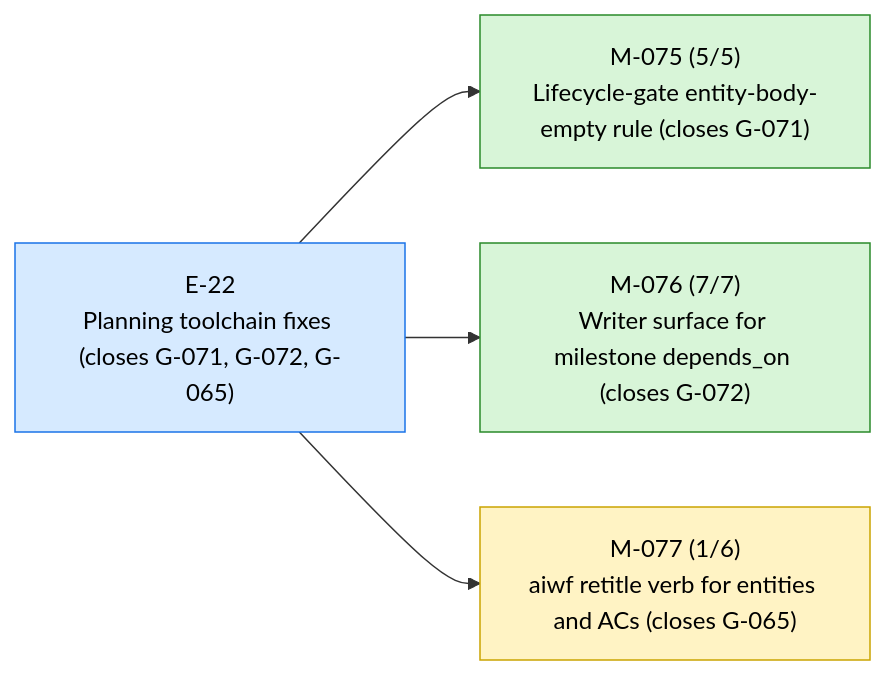
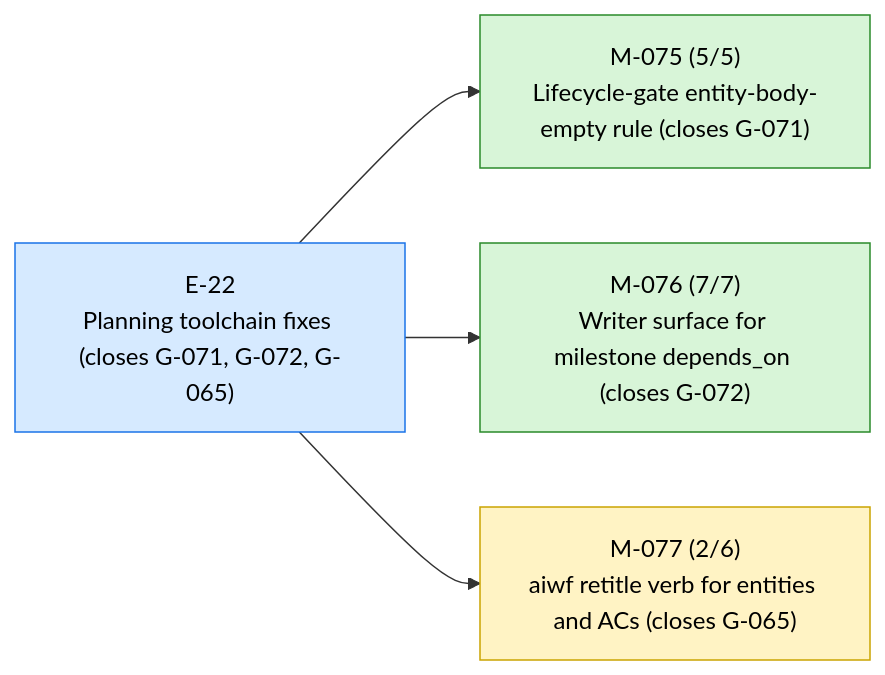
The first of 3 diagrams in STATUS.md (23min/aiwf), drawn with Mermaid before and after one commit. The commit also changed other lines of this file and 1 other file, not shown here.

First line of the commit message:
aiwf promote M-077/AC-2 open -> met

````diff
--- a/STATUS.md
+++ b/STATUS.md
@@ -13,16 +13,16 @@
 ```mermaid
 flowchart LR
   E_22["E-22<br/>Planning toolchain fixes (closes G-071, G-072, G-065)"]:::epic_active
   M_075["M-075 (5/5)<br/>Lifecycle-gate entity-body-empty rule (closes G-071)"]:::ms_done
   E_22 --> M_075
   M_076["M-076 (7/7)<br/>Writer surface for milestone depends_on (closes G-072)"]:::ms_done
   E_22 --> M_076
-  M_077["M-077 (1/6)<br/>aiwf retitle verb for entities and ACs (closes G-065)"]:::ms_in_progress
+  M_077["M-077 (2/6)<br/>aiwf retitle verb for entities and ACs (closes G-065)"]:::ms_in_progress
   E_22 --> M_077
   classDef epic_active fill:#d6eaff,stroke:#1a73e8,color:#000
   classDef epic_proposed fill:#f4f4f4,stroke:#888,color:#000
   classDef ms_done fill:#d8f5d8,stroke:#2a8a2a,color:#000
   classDef ms_in_progress fill:#fff3c4,stroke:#caa400,color:#000
   classDef ms_draft fill:#f4f4f4,stroke:#888,color:#000
   classDef ms_cancelled fill:#fbeaea,stroke:#c33,color:#000
 ```
````
